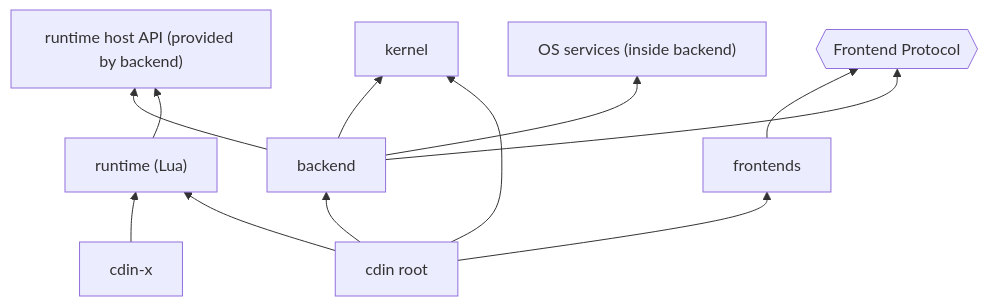
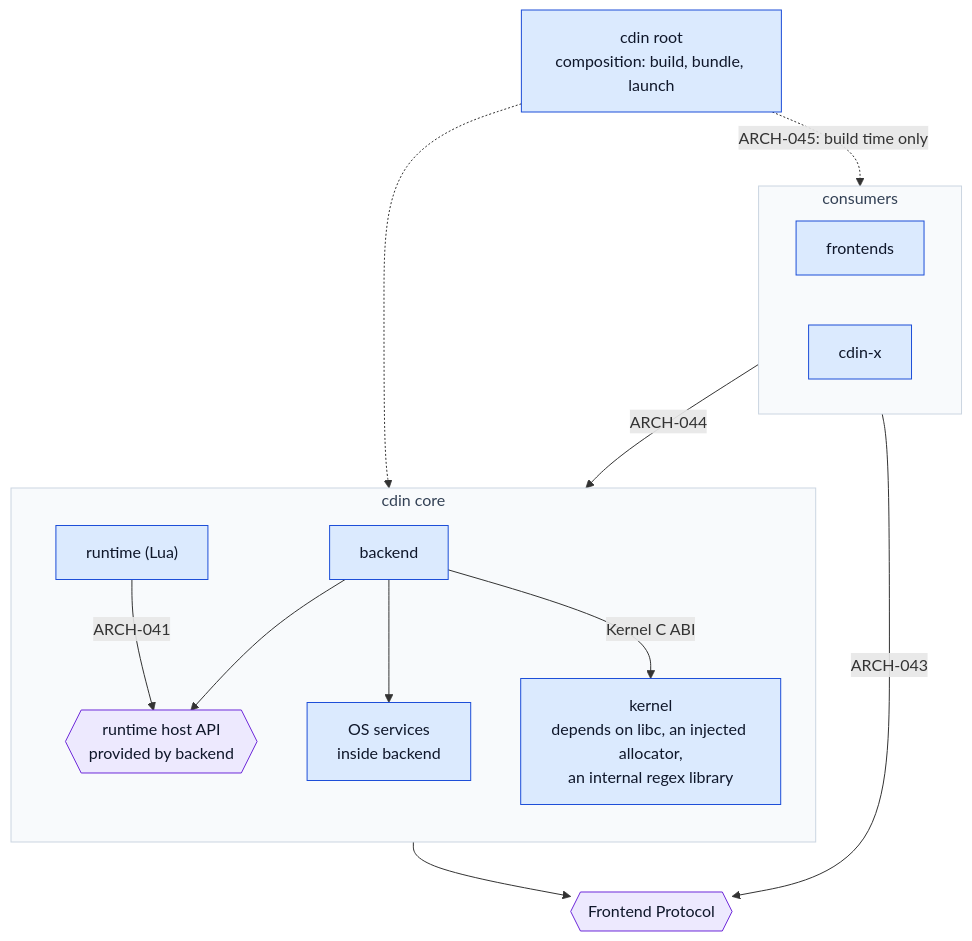
The diagram in docs/architecture/module-boundaries.md (cdin-editor/spec), drawn with Mermaid before and after one commit. The commit also changed 9 other files, not shown here.

Commit message:
docs(architecture): specify boundaries, ABI, protocol, concurrency, lifecycle and migration

````diff
--- a/docs/architecture/module-boundaries.md
+++ b/docs/architecture/module-boundaries.md
@@ -7,24 +7,34 @@
 ```mermaid
-flowchart BT
-    K["kernel"]
-    RTH["runtime host API (provided by backend)"]
-    OSS["OS services (inside backend)"]
-    BE["backend"]
-    RT["runtime (Lua)"]
+flowchart TB
+    ROOT["cdin root<br/>composition: build, bundle, launch"]
+    subgraph TOP["consumers"]
+        direction LR
+        FE["frontends"]
+        X["cdin-x"]
+    end
     PROTO{{"Frontend Protocol"}}
-    FE["frontends"]
-    X["cdin-x"]
-    ROOT["cdin root"]
+    subgraph CORE["cdin core"]
+        direction TB
+        RT["runtime (Lua)"]
+        RTH{{"runtime host API<br/>provided by backend"}}
+        BE["backend"]
+        OSS["OS services<br/>inside backend"]
+        K["kernel<br/>depends on libc, an injected allocator,<br/>an internal regex library"]
+    end
 
-    BE --> K
+    ROOT -. "ARCH-045: build time only" .-> TOP
+    ROOT -.-> CORE
+    FE -- "ARCH-043" --> PROTO
+    BE --> PROTO
+    X -- "ARCH-044" --> RT
+    RT -- "ARCH-041" --> RTH
+    BE --> RTH
     BE --> OSS
-    BE --> RTH
-    RT --> RTH
-    X --> RT
-    FE --> PROTO
-    BE --> PROTO
-    ROOT --> BE
-    ROOT --> FE
-    ROOT --> RT
-    ROOT --> K
+    BE -- "Kernel C ABI" --> K
+    classDef comp fill:#dbeafe,stroke:#1d4ed8,color:#0f172a
+    classDef contract fill:#ede9fe,stroke:#6d28d9,color:#0f172a
+    classDef group fill:#f8fafc,stroke:#cbd5e1,color:#334155
+    class BE,FE,K,OSS,ROOT,RT,X comp
+    class PROTO,RTH contract
+    class CORE,TOP group
 ```
````
